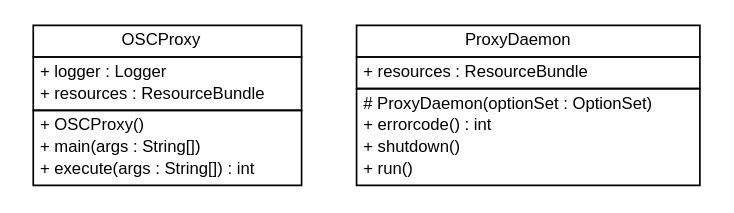
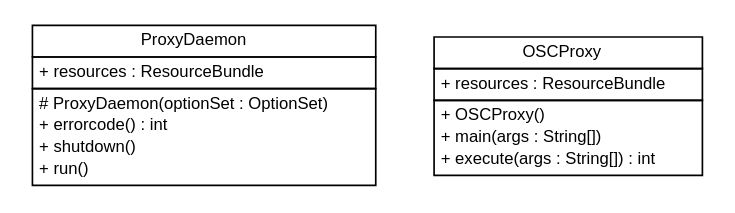
The diagram in apidocs/com/xley/lfosc/com.xley.lfosc.dot (pcross616/lf-osc-proxy), drawn with Graphviz before and after one commit. The commit also changed 113 other files, not shown here.

```diff
--- a/apidocs/com/xley/lfosc/com.xley.lfosc.dot
+++ b/apidocs/com/xley/lfosc/com.xley.lfosc.dot
@@ -1,42 +1,41 @@
 #!/usr/local/bin/dot
 #
 # Class diagram 
 # Generated by UMLGraph version R5_6 (http://www.umlgraph.org/)
 #
 
 digraph G {
 	edge [fontname="Helvetica",fontsize=10,labelfontname="Helvetica",labelfontsize=10];
 	node [fontname="Helvetica",fontsize=10,shape=plaintext];
 	nodesep=0.25;
 	ranksep=0.5;
-	// com.xley.lfosc.OSCProxy
-	c10 [label=<<table title="com.xley.lfosc.OSCProxy" border="0" cellborder="1" cellspacing="0" cellpadding="2" port="p" href="./OSCProxy.html">
-		<tr><td><table border="0" cellspacing="0" cellpadding="1">
-<tr><td align="center" balign="center"> OSCProxy </td></tr>
-		</table></td></tr>
-		<tr><td><table border="0" cellspacing="0" cellpadding="1">
-<tr><td align="left" balign="left"> + logger : Logger </td></tr>
-<tr><td align="left" balign="left"> + resources : ResourceBundle </td></tr>
-		</table></td></tr>
-		<tr><td><table border="0" cellspacing="0" cellpadding="1">
-<tr><td align="left" balign="left"> + OSCProxy() </td></tr>
-<tr><td align="left" balign="left"> + main(args : String[]) </td></tr>
-<tr><td align="left" balign="left"> + execute(args : String[]) : int </td></tr>
-		</table></td></tr>
-		</table>>, URL="./OSCProxy.html", fontname="Helvetica", fontcolor="black", fontsize=10.0];
 	// com.xley.lfosc.ProxyDaemon
-	c11 [label=<<table title="com.xley.lfosc.ProxyDaemon" border="0" cellborder="1" cellspacing="0" cellpadding="2" port="p" href="./ProxyDaemon.html">
+	c0 [label=<<table title="com.xley.lfosc.ProxyDaemon" border="0" cellborder="1" cellspacing="0" cellpadding="2" port="p" href="./ProxyDaemon.html">
 		<tr><td><table border="0" cellspacing="0" cellpadding="1">
 <tr><td align="center" balign="center"> ProxyDaemon </td></tr>
 		</table></td></tr>
 		<tr><td><table border="0" cellspacing="0" cellpadding="1">
 <tr><td align="left" balign="left"> + resources : ResourceBundle </td></tr>
 		</table></td></tr>
 		<tr><td><table border="0" cellspacing="0" cellpadding="1">
 <tr><td align="left" balign="left"> # ProxyDaemon(optionSet : OptionSet) </td></tr>
 <tr><td align="left" balign="left"> + errorcode() : int </td></tr>
 <tr><td align="left" balign="left"> + shutdown() </td></tr>
 <tr><td align="left" balign="left"> + run() </td></tr>
 		</table></td></tr>
 		</table>>, URL="./ProxyDaemon.html", fontname="Helvetica", fontcolor="black", fontsize=10.0];
+	// com.xley.lfosc.OSCProxy
+	c1 [label=<<table title="com.xley.lfosc.OSCProxy" border="0" cellborder="1" cellspacing="0" cellpadding="2" port="p" href="./OSCProxy.html">
+		<tr><td><table border="0" cellspacing="0" cellpadding="1">
+<tr><td align="center" balign="center"> OSCProxy </td></tr>
+		</table></td></tr>
+		<tr><td><table border="0" cellspacing="0" cellpadding="1">
+<tr><td align="left" balign="left"> + resources : ResourceBundle </td></tr>
+		</table></td></tr>
+		<tr><td><table border="0" cellspacing="0" cellpadding="1">
+<tr><td align="left" balign="left"> + OSCProxy() </td></tr>
+<tr><td align="left" balign="left"> + main(args : String[]) </td></tr>
+<tr><td align="left" balign="left"> + execute(args : String[]) : int </td></tr>
+		</table></td></tr>
+		</table>>, URL="./OSCProxy.html", fontname="Helvetica", fontcolor="black", fontsize=10.0];
 }
```
